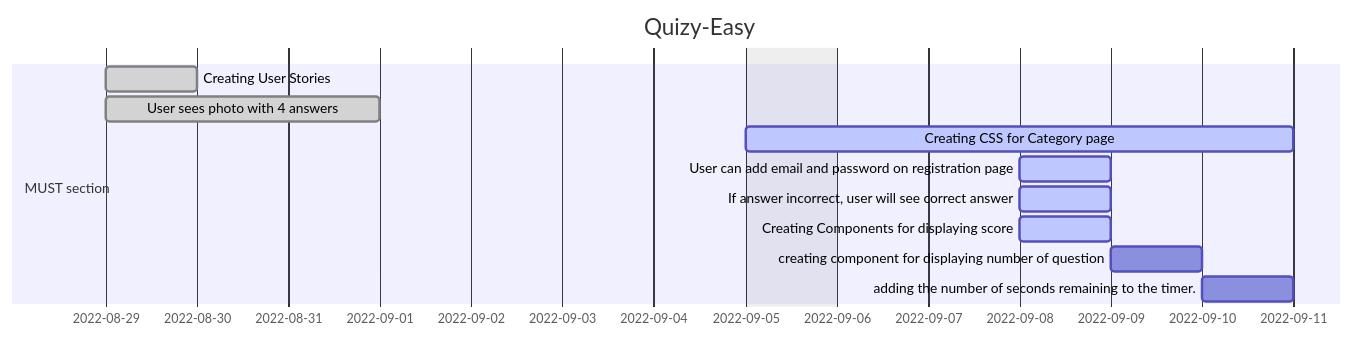
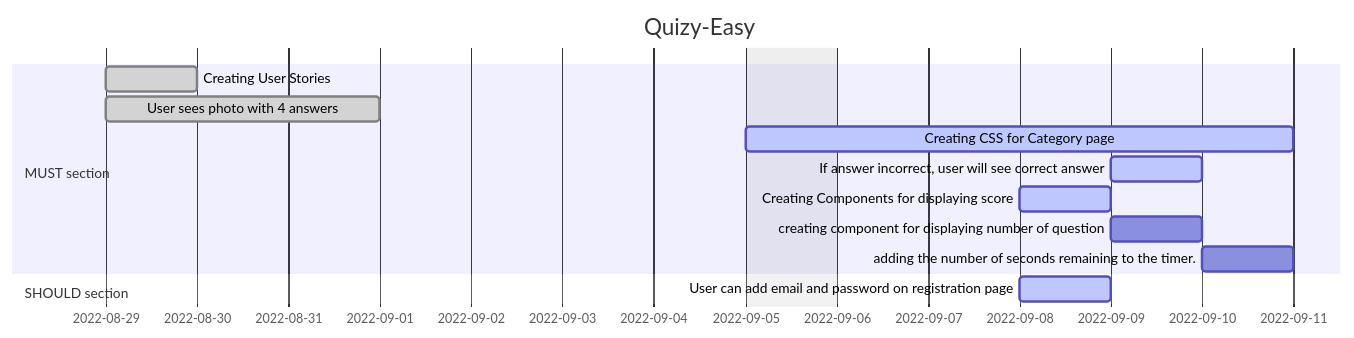
Before and after one commit to arkadiyshin/quizy-easy: the diagram in README.md, drawn with Mermaid.

````diff
--- a/README.md
+++ b/README.md
@@ -1,20 +1,21 @@
 ```mermaid
 
 gantt
 dateFormat  YYYY-MM-DD
 title Quizy-Easy
 excludes weekdays 2022-09-05
 
 section MUST section
 Creating User Stories                                 :done,    des1, 2022-08-29, 1d
 User sees photo with 4 answers                        :done,    des2, 2022-08-29, 3d
 Creating CSS for Category page                        :active,  des3, 2022-09-05, 2022-09-11
-User can add email and password on registration page  :active,  des4, 2022-09-08, 1d
-If answer incorrect, user will see correct answer     :active,  des5, 2022-09-08, 1d
+
+If answer incorrect, user will see correct answer     :active,  des5, 2022-09-09, 1d
 Creating Components for displaying score              :active,  des6, 2022-09-08, 1d
 creating component for displaying number of question  :         des7, after des6, 1d
 adding the number of seconds remaining to the timer.  :         des8, after des7, 1d
 
 
 section SHOULD section
+User can add email and password on registration page  :active,  des4, 2022-09-08, 1d
 ```
````
